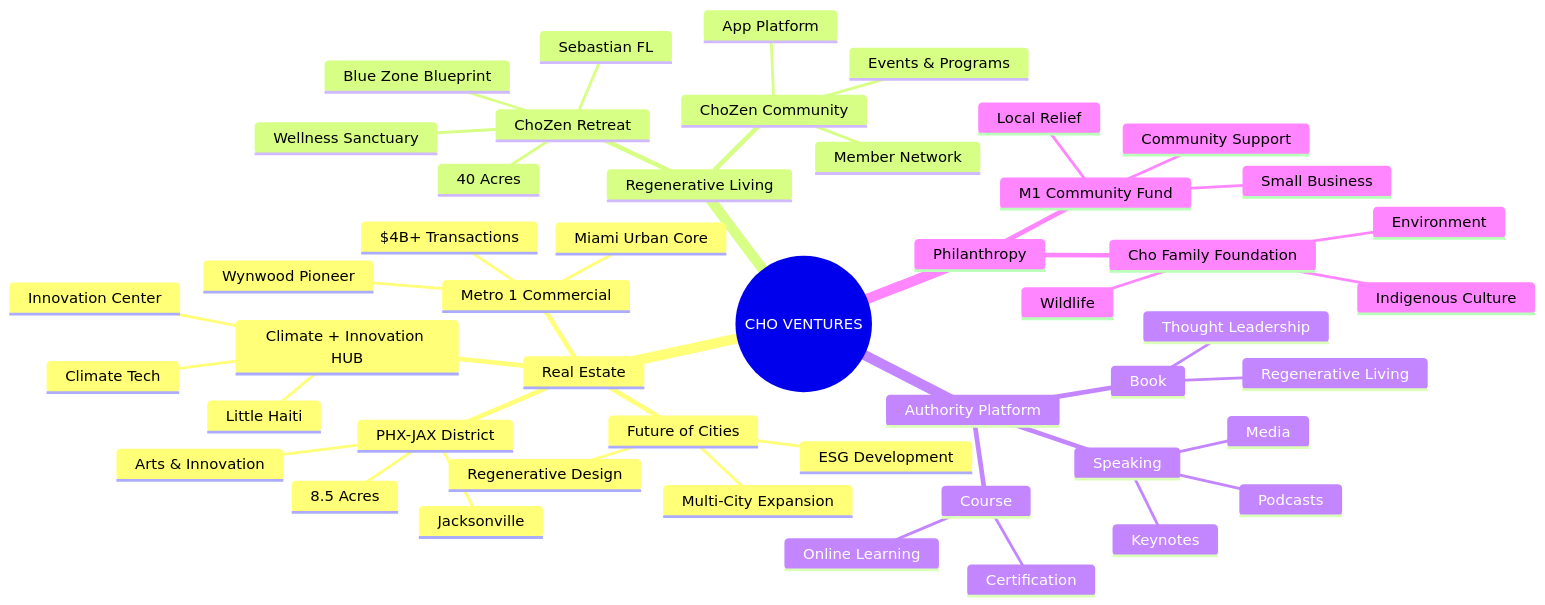
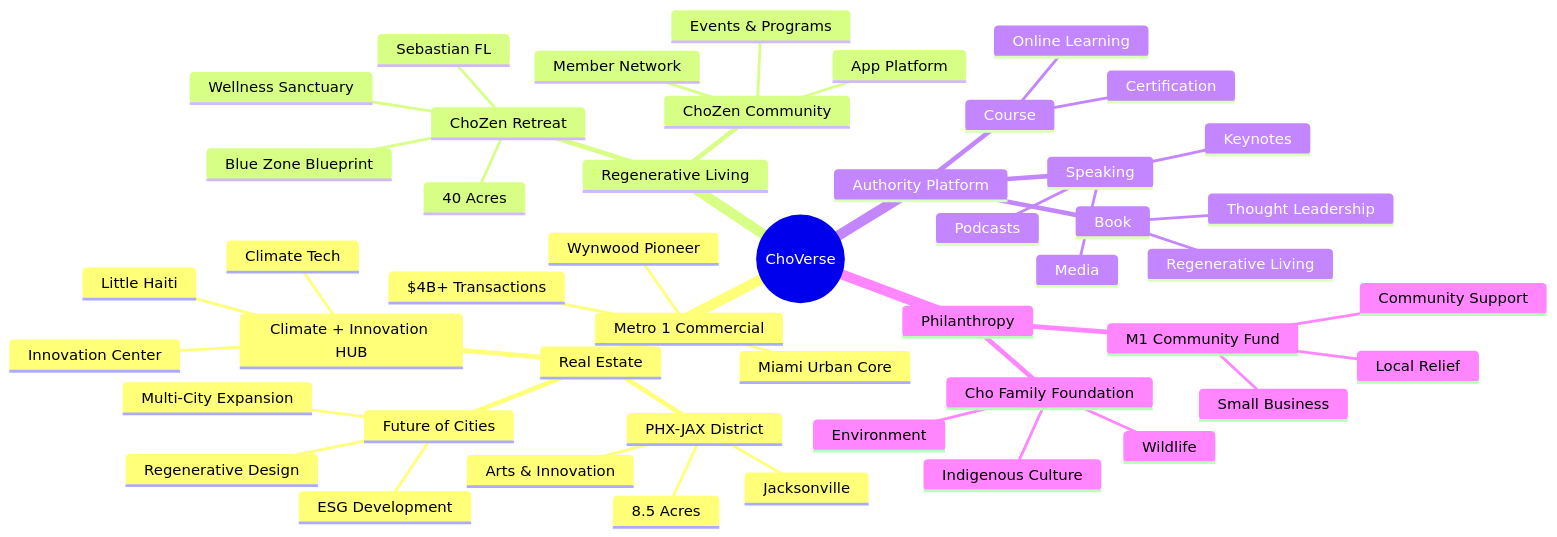
The first of 8 diagrams in brands/cho-ventures-ai/spec/MASTER-PLAN.md (Light-Brands/brand-factory), drawn with Mermaid before and after one commit.

````diff
--- a/brands/cho-ventures-ai/spec/MASTER-PLAN.md
+++ b/brands/cho-ventures-ai/spec/MASTER-PLAN.md
@@ -83,51 +83,51 @@
 ```mermaid
 mindmap
-  root((CHO VENTURES))
+  root((ChoVerse))
     Real Estate
       Metro 1 Commercial
         Miami Urban Core
         $4B+ Transactions
         Wynwood Pioneer
       Future of Cities
         ESG Development
         Regenerative Design
         Multi-City Expansion
       PHX-JAX District
         8.5 Acres
         Jacksonville
         Arts & Innovation
       Climate + Innovation HUB
         Little Haiti
         Climate Tech
         Innovation Center
     Regenerative Living
       ChoZen Retreat
         40 Acres
         Sebastian FL
         Wellness Sanctuary
         Blue Zone Blueprint
       ChoZen Community
         App Platform
         Member Network
         Events & Programs
     Authority Platform
       Book
         Regenerative Living
         Thought Leadership
       Course
         Online Learning
         Certification
       Speaking
         Keynotes
         Media
         Podcasts
     Philanthropy
       Cho Family Foundation
         Environment
         Wildlife
         Indigenous Culture
       M1 Community Fund
         Small Business
         Local Relief
         Community Support
 ```
````
